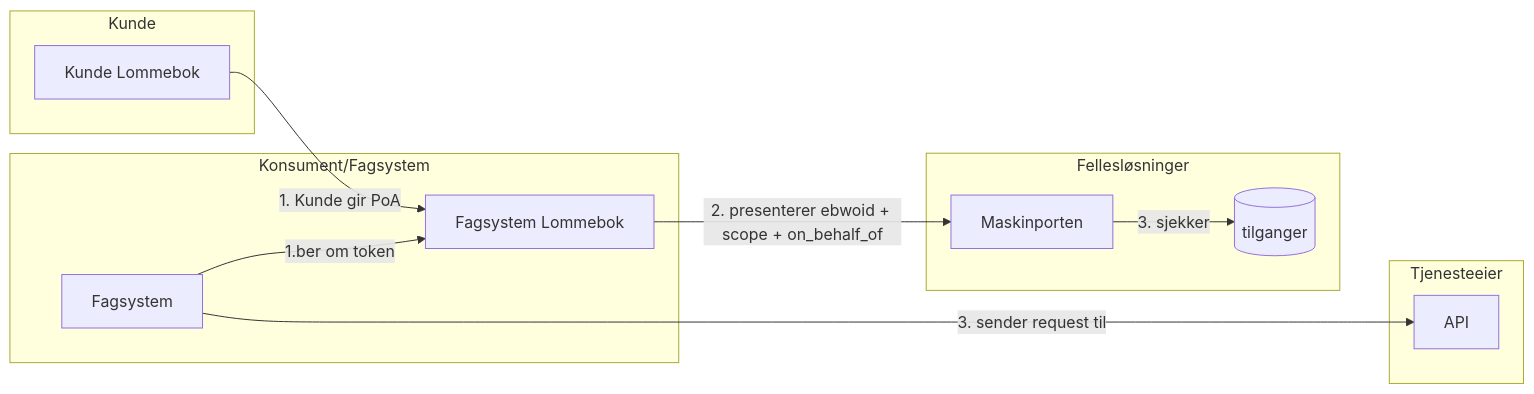
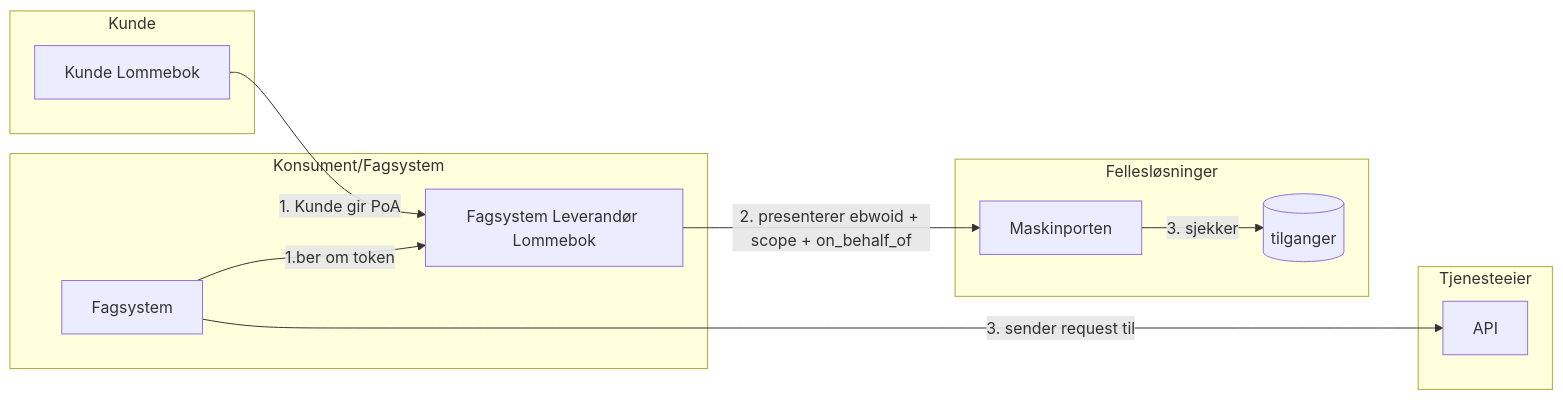
Before and after one commit to Jonas-To/wallets: the sixth of 7 diagrams in rapportering_med _vl.md, drawn with Mermaid. The commit also changed other lines of this file, not shown here.

````diff
--- a/rapportering_med _vl.md
+++ b/rapportering_med _vl.md
@@ -166,24 +166,24 @@
 ```mermaid
 graph LR
     subgraph C [Konsument/Fagsystem]
-        FVL[Fagsystem Lommebok]
+        FVL[Fagsystem Leverandør Lommebok]
         F[Fagsystem]
     end
     subgraph TE [Tjenesteeier]
         API
     end
     subgraph K [Kunde]
         KVL[Kunde Lommebok]
     end
     subgraph Felles [Fellesløsninger]
         MP[Maskinporten]
         SA[(tilganger)]
     end
 
 
     KVL -->|1. Kunde gir PoA| FVL
     F -->|1.ber om token| FVL
     FVL -->|2. presenterer ebwoid + scope + on_behalf_of | MP
     MP -->|3. sjekker|SA
     F ----->|3. sender request til|API
 ```
````
